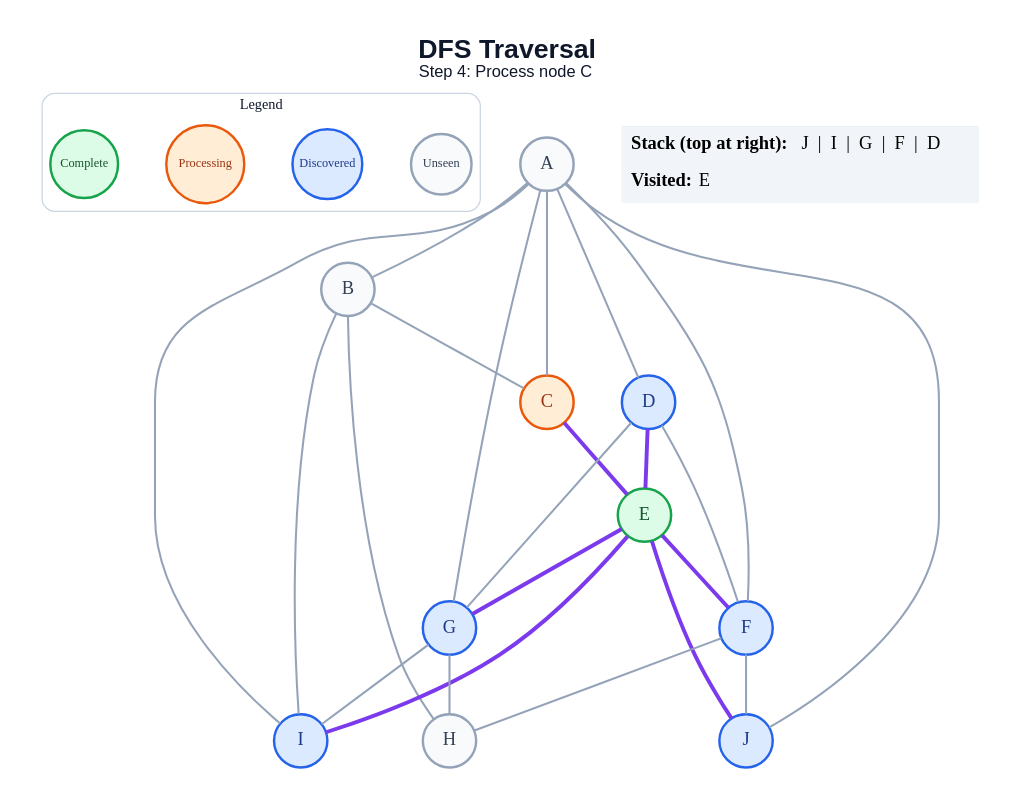
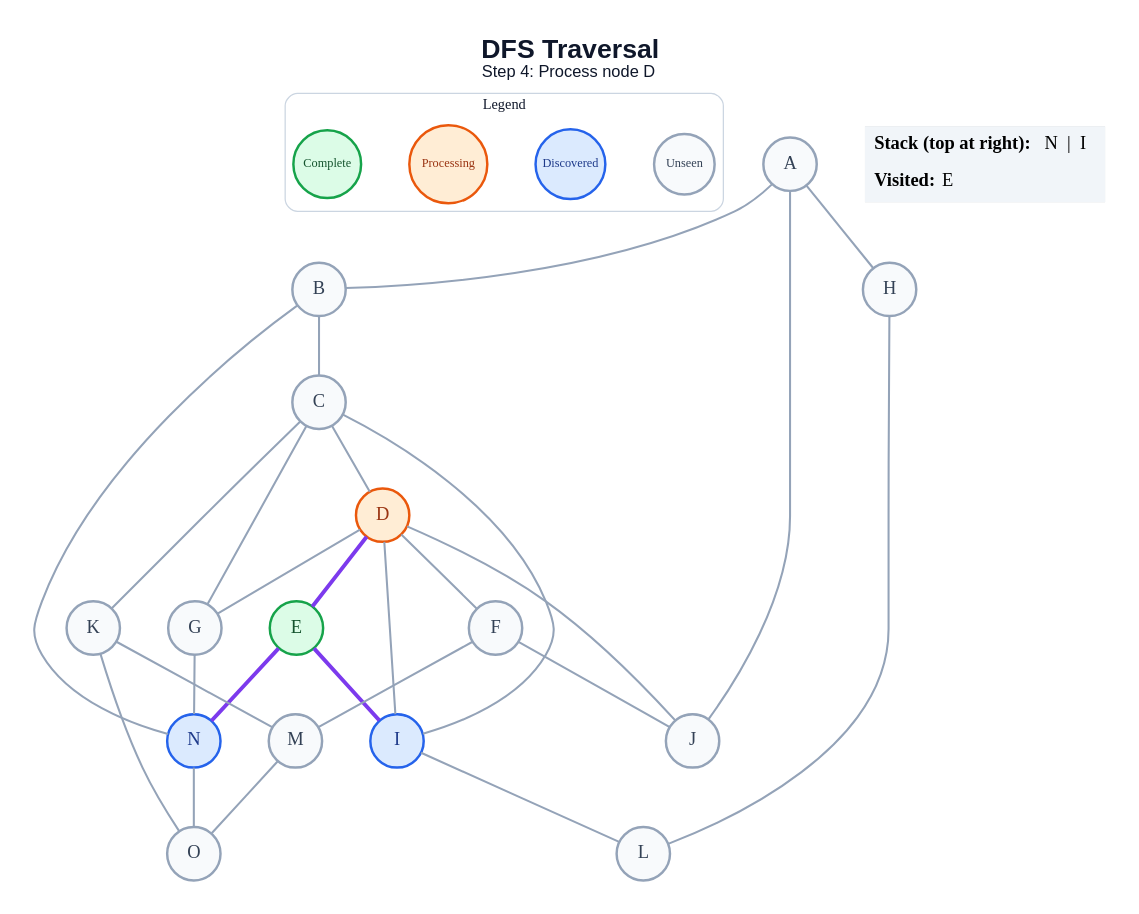
The diagram in generated/specific-node/dfs/step_04.dot (anon7238593-create/ai-slop), drawn with Graphviz before and after one commit. The commit also changed 268 other files, not shown here.

```diff
--- a/generated/specific-node/dfs/step_04.dot
+++ b/generated/specific-node/dfs/step_04.dot
@@ -1,51 +1,59 @@
 graph traversal {
   graph [layout=dot, rankdir=TB, bgcolor="#FFFFFF", pad="0.35", nodesep="0.65", ranksep="0.8", fontname="Arial"];
   node [shape=circle, style="filled", fontname="Arial Bold", fontsize=18, width=0.72, fixedsize=true, penwidth=2.4];
   edge [color="#94A3B8", penwidth=2.0];
-  label=<<B>DFS Traversal</B><BR/><FONT POINT-SIZE="16">Step 4: Process node C</FONT>>; labelloc="t"; fontsize=26; fontname="Arial"; fontcolor="#0F172A";
+  label=<<B>DFS Traversal</B><BR/><FONT POINT-SIZE="16">Step 4: Process node D</FONT>>; labelloc="t"; fontsize=26; fontname="Arial"; fontcolor="#0F172A";
   subgraph cluster_legend { label="Legend"; color="#CBD5E1"; penwidth=1.2; style="rounded"; fontsize=14; fontname="Arial Bold";
     key_unseen [label="Unseen", fillcolor="#F8FAFC", color="#94A3B8", fontcolor="#334155", fontsize=12, width=0.82];
     key_frontier [label="Discovered", fillcolor="#DBEAFE", color="#2563EB", fontcolor="#1E3A8A", fontsize=12, width=0.95];
     key_current [label="Processing", fillcolor="#FFEDD5", color="#EA580C", fontcolor="#9A3412", fontsize=12, width=1.05];
     key_done [label="Complete", fillcolor="#DCFCE7", color="#16A34A", fontcolor="#14532D", fontsize=12, width=0.92];
     { rank=same; key_unseen; key_frontier; key_current; key_done; }
   }
   A [fillcolor="#F8FAFC", color="#94A3B8", fontcolor="#334155"];
   B [fillcolor="#F8FAFC", color="#94A3B8", fontcolor="#334155"];
-  C [fillcolor="#FFEDD5", color="#EA580C", fontcolor="#9A3412"];
-  D [fillcolor="#DBEAFE", color="#2563EB", fontcolor="#1E3A8A"];
+  C [fillcolor="#F8FAFC", color="#94A3B8", fontcolor="#334155"];
+  D [fillcolor="#FFEDD5", color="#EA580C", fontcolor="#9A3412"];
   E [fillcolor="#DCFCE7", color="#16A34A", fontcolor="#14532D"];
-  F [fillcolor="#DBEAFE", color="#2563EB", fontcolor="#1E3A8A"];
-  G [fillcolor="#DBEAFE", color="#2563EB", fontcolor="#1E3A8A"];
+  F [fillcolor="#F8FAFC", color="#94A3B8", fontcolor="#334155"];
+  G [fillcolor="#F8FAFC", color="#94A3B8", fontcolor="#334155"];
   H [fillcolor="#F8FAFC", color="#94A3B8", fontcolor="#334155"];
   I [fillcolor="#DBEAFE", color="#2563EB", fontcolor="#1E3A8A"];
-  J [fillcolor="#DBEAFE", color="#2563EB", fontcolor="#1E3A8A"];
+  J [fillcolor="#F8FAFC", color="#94A3B8", fontcolor="#334155"];
+  K [fillcolor="#F8FAFC", color="#94A3B8", fontcolor="#334155"];
+  L [fillcolor="#F8FAFC", color="#94A3B8", fontcolor="#334155"];
+  M [fillcolor="#F8FAFC", color="#94A3B8", fontcolor="#334155"];
+  N [fillcolor="#DBEAFE", color="#2563EB", fontcolor="#1E3A8A"];
+  O [fillcolor="#F8FAFC", color="#94A3B8", fontcolor="#334155"];
   A -- B;
-  A -- C;
-  A -- D;
-  A -- F;
-  A -- G;
-  A -- I;
+  A -- H;
   A -- J;
   B -- C;
-  B -- H;
-  B -- I;
-  C -- E [color="#7C3AED", penwidth=3.8];
+  B -- N;
+  C -- D;
+  C -- G;
+  C -- I;
+  C -- K;
   D -- E [color="#7C3AED", penwidth=3.8];
   D -- F;
   D -- G;
-  E -- F [color="#7C3AED", penwidth=3.8];
-  E -- G [color="#7C3AED", penwidth=3.8];
+  D -- I;
+  D -- J;
   E -- I [color="#7C3AED", penwidth=3.8];
-  E -- J [color="#7C3AED", penwidth=3.8];
-  F -- H;
+  E -- N [color="#7C3AED", penwidth=3.8];
   F -- J;
-  G -- H;
-  G -- I;
+  F -- M;
+  G -- N;
+  H -- L;
+  I -- L;
+  K -- M;
+  K -- O;
+  M -- O;
+  N -- O;
   status [shape=plain, fixedsize=false, width=0, height=0, margin=0, label=<
     <TABLE BORDER="0" CELLBORDER="0" CELLPADDING="7" BGCOLOR="#F1F5F9">
-      <TR><TD ALIGN="LEFT"><B>Stack (top at right):</B> J  |  I  |  G  |  F  |  D</TD></TR>
+      <TR><TD ALIGN="LEFT"><B>Stack (top at right):</B> N  |  I</TD></TR>
       <TR><TD ALIGN="LEFT"><B>Visited:</B> E</TD></TR>
     </TABLE>
   >];
 }
```
